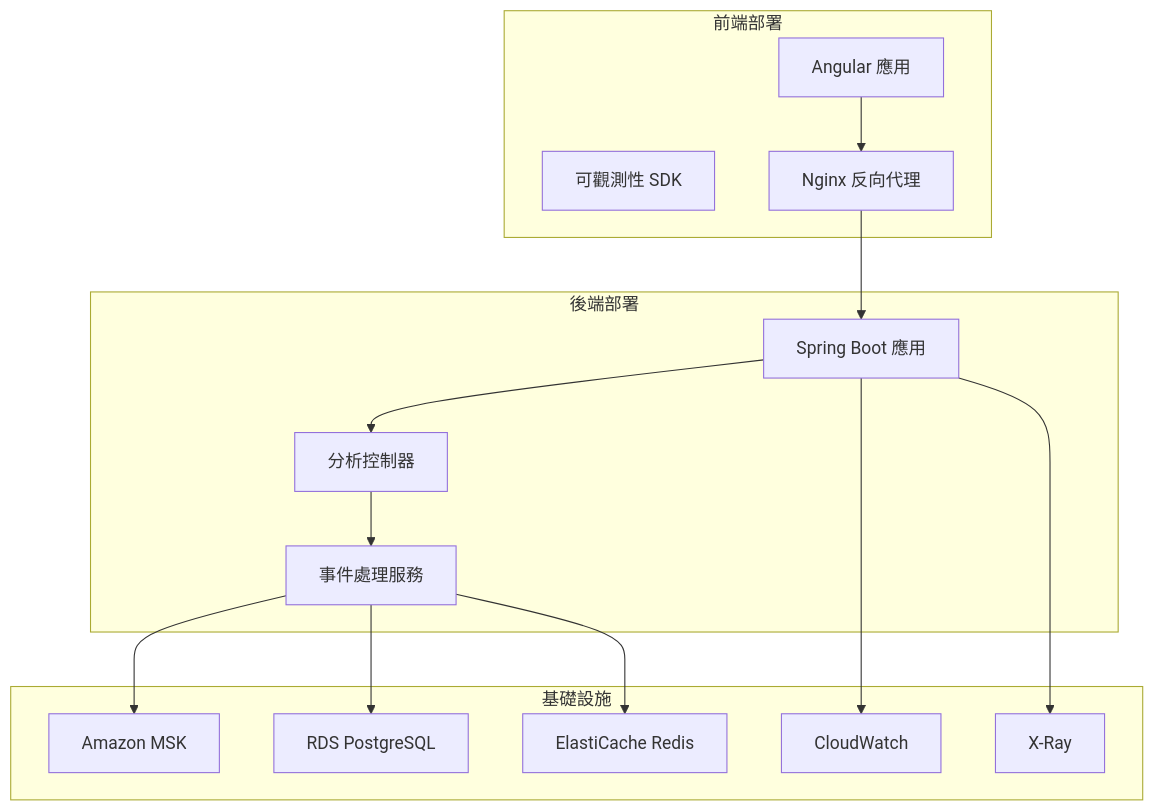
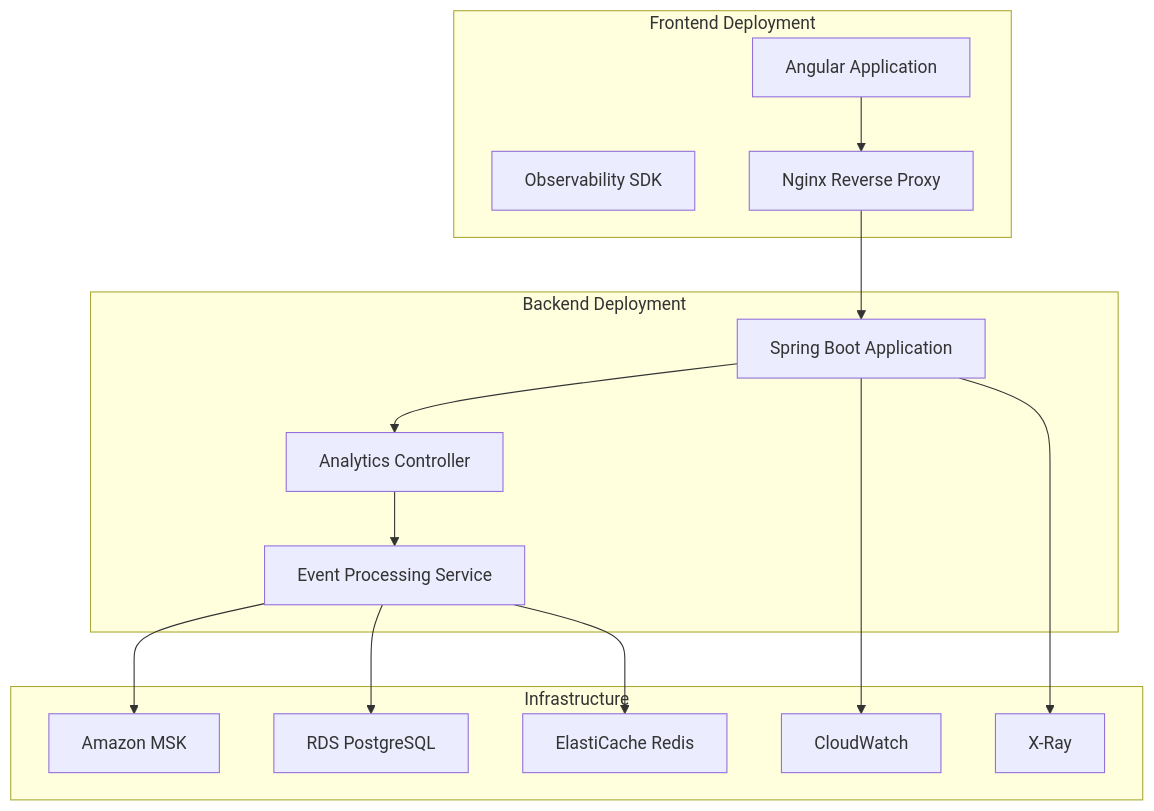
One commit to humank/genai-demo changed the diagram in docs/viewpoints/deployment/observability-deployment.md. Above: the diagram before and after it, drawn with Mermaid. The commit also changed other lines of this file and 453 other files, not shown here.

First line of the commit message:
feat: Complete translation of key architecture and API documentation

````diff
--- a/docs/viewpoints/deployment/observability-deployment.md
+++ b/docs/viewpoints/deployment/observability-deployment.md
@@ -11,32 +11,32 @@
 ```mermaid
 graph TB
-    subgraph "前端部署"
-        A[Angular 應用]
-        B[可觀測性 SDK]
-        C[Nginx 反向代理]
+    subgraph "Frontend Deployment"
+        A[Angular Application]
+        B[Observability SDK]
+        C[Nginx Reverse Proxy]
     end
     
-    subgraph "後端部署"
-        D[Spring Boot 應用]
-        E[分析控制器]
-        F[事件處理服務]
+    subgraph "Backend Deployment"
+        D[Spring Boot Application]
+        E[Analytics Controller]
+        F[Event Processing Service]
     end
     
-    subgraph "基礎設施"
+    subgraph "Infrastructure"
         G[Amazon MSK]
         H[RDS PostgreSQL]
         I[ElastiCache Redis]
         J[CloudWatch]
         K[X-Ray]
     end
     
     A --> C
     C --> D
     D --> E
     E --> F
     F --> G
     F --> H
     F --> I
     D --> J
     D --> K
 ```
````
